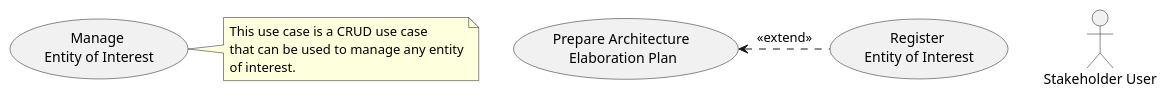
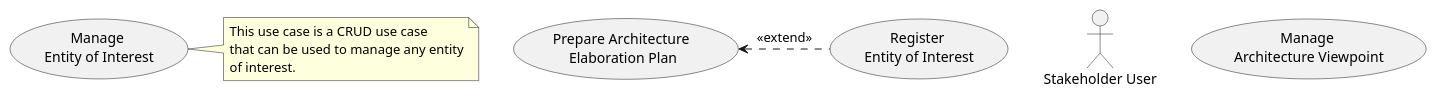
One commit to zeduardu/archce changed the diagram in documentation/archceUseCase.puml. Above: the diagram before and after it, drawn with PlantUML. The commit also changed 40 other files, not shown here.

```diff
--- a/documentation/archceUseCase.puml
+++ b/documentation/archceUseCase.puml
@@ -1,18 +1,19 @@
 @startuml General Use Case
 
 actor :Stakeholder User: as Stakeholder
 
 usecase (Register \nEntity of Interest) as REoI
 usecase (Manage \nEntity of Interest) as MEoI
+usecase (Manage \nArchitecture Viewpoint) as MAV
 usecase (Prepare Architecture \nElaboration Plan) as PAEP
 
 note right of MEoI
   This use case is a CRUD use case
   that can be used to manage any entity
   of interest.
 end note
 
 
 PAEP <. REoI : <<extend>>
 
 @enduml
```
